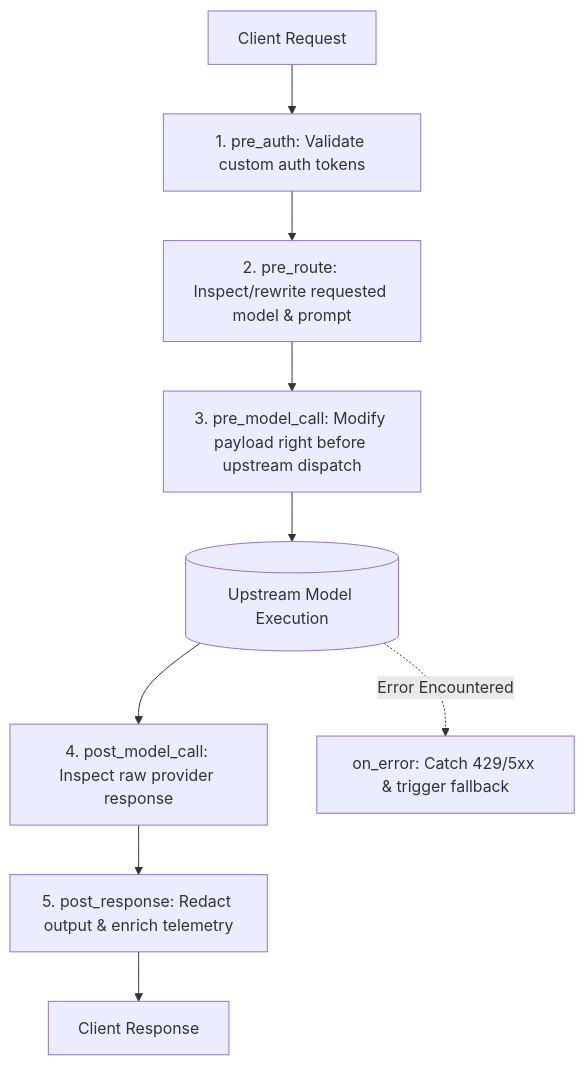
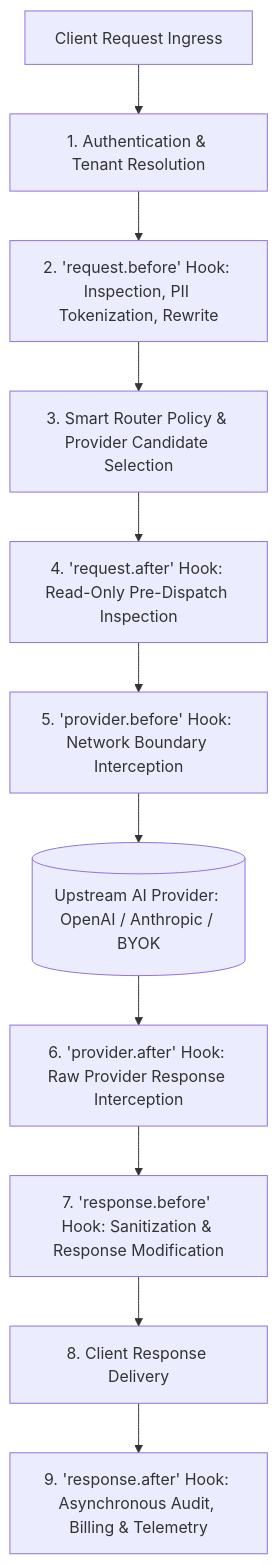
One commit to bhakha-services/naagmani-docs changed the second of 2 diagrams in docs/build/hdks/lifecycle.md. Above: the diagram before and after it, drawn with Mermaid. The commit also changed other lines of this file and 38 other files, not shown here.

````diff
--- a/docs/build/hdks/lifecycle.md
+++ b/docs/build/hdks/lifecycle.md
@@ -26,12 +39,13 @@
 ```mermaid
 flowchart TD
-    Req[Client Request] --> H1[1. pre_auth: Validate custom auth tokens]
-    H1 --> H2[2. pre_route: Inspect/rewrite requested model & prompt]
-    H2 --> H3[3. pre_model_call: Modify payload right before upstream dispatch]
-    H3 --> Upstream[(Upstream Model Execution)]
-    Upstream --> H4[4. post_model_call: Inspect raw provider response]
-    H4 --> H5[5. post_response: Redact output & enrich telemetry]
-    H5 --> Resp[Client Response]
-    
-    Upstream -.->|Error Encountered| HE[on_error: Catch 429/5xx & trigger fallback]
+    Ingress[Client Request Ingress] --> Auth[1. Authentication & Tenant Resolution]
+    Auth --> RBefore[2. 'request.before' Hook: Inspection, PII Tokenization, Rewrite]
+    RBefore --> SmartRouter[3. Smart Router Policy & Provider Candidate Selection]
+    SmartRouter --> RAfter[4. 'request.after' Hook: Read-Only Pre-Dispatch Inspection]
+    RAfter --> PBefore[5. 'provider.before' Hook: Network Boundary Interception]
+    PBefore --> Provider[(Upstream AI Provider: OpenAI / Anthropic / BYOK)]
+    Provider --> PAfter[6. 'provider.after' Hook: Raw Provider Response Interception]
+    PAfter --> RespBefore[7. 'response.before' Hook: Sanitization & Response Modification]
+    RespBefore --> Egress[8. Client Response Delivery]
+    Egress --> RespAfter[9. 'response.after' Hook: Asynchronous Audit, Billing & Telemetry]
 ```
````
